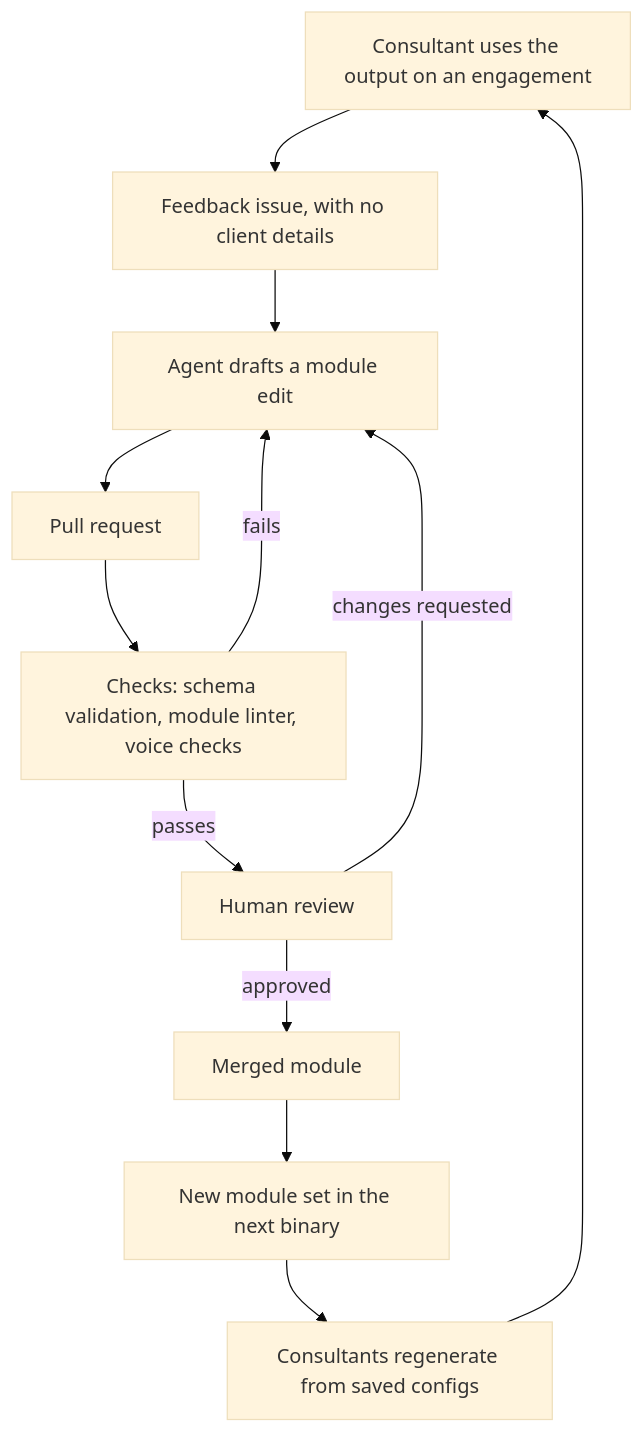
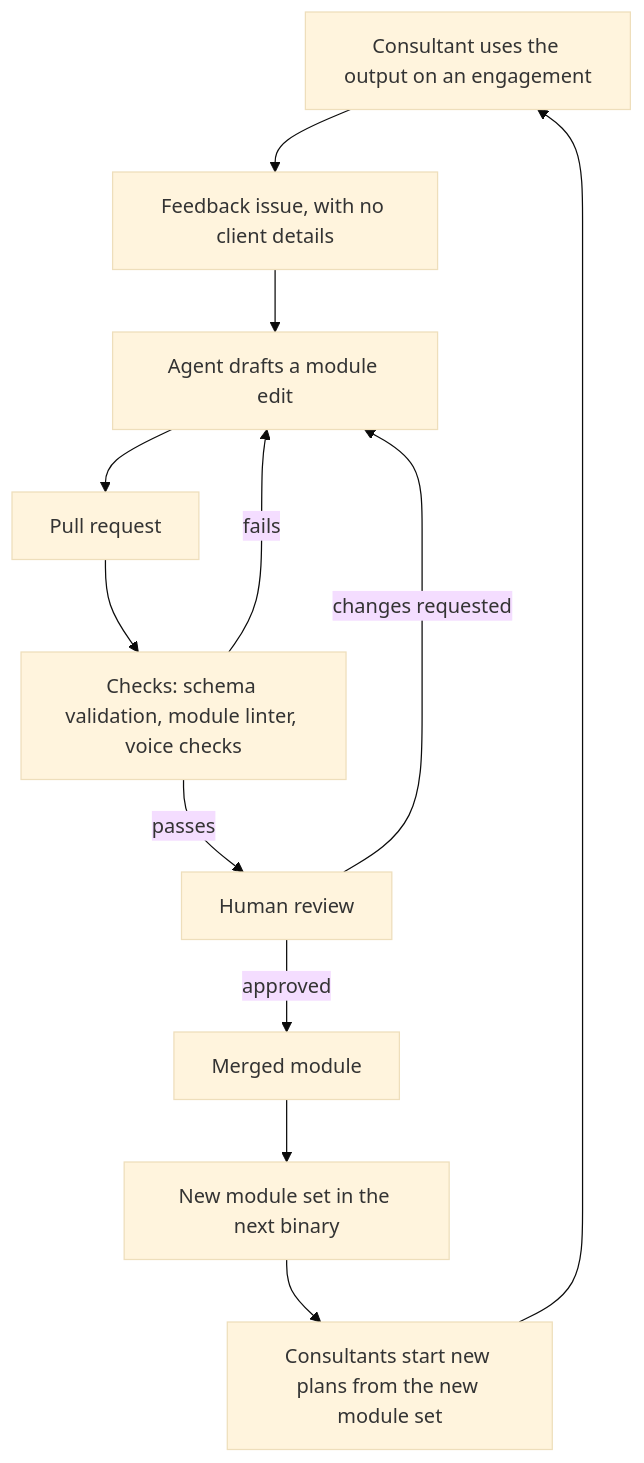
One commit to 8thlight-daveloper/onboard-kit changed the diagram in docs/architecture/06-authoring-loop.md. Above: the diagram before and after it, drawn with Mermaid (base theme). The commit also changed other lines of this file and 10 other files, not shown here.

````diff
--- a/docs/architecture/06-authoring-loop.md
+++ b/docs/architecture/06-authoring-loop.md
@@ -7,24 +7,24 @@
 ```mermaid
 flowchart TB
     use["Consultant uses the output on an engagement"]
     feedback["Feedback issue, with no client details"]
     draft["Agent drafts a module edit"]
     pr["Pull request"]
     checks["Checks: schema validation, module linter, voice checks"]
     review["Human review"]
     merge["Merged module"]
     release["New module set in the next binary"]
-    regen["Consultants regenerate from saved configs"]
+    regen["Consultants start new plans from the new module set"]
 
     use --> feedback
     feedback --> draft
     draft --> pr
     pr --> checks
     checks -->|fails| draft
     checks -->|passes| review
     review -->|changes requested| draft
     review -->|approved| merge
     merge --> release
     release --> regen
     regen --> use
 ```
````
